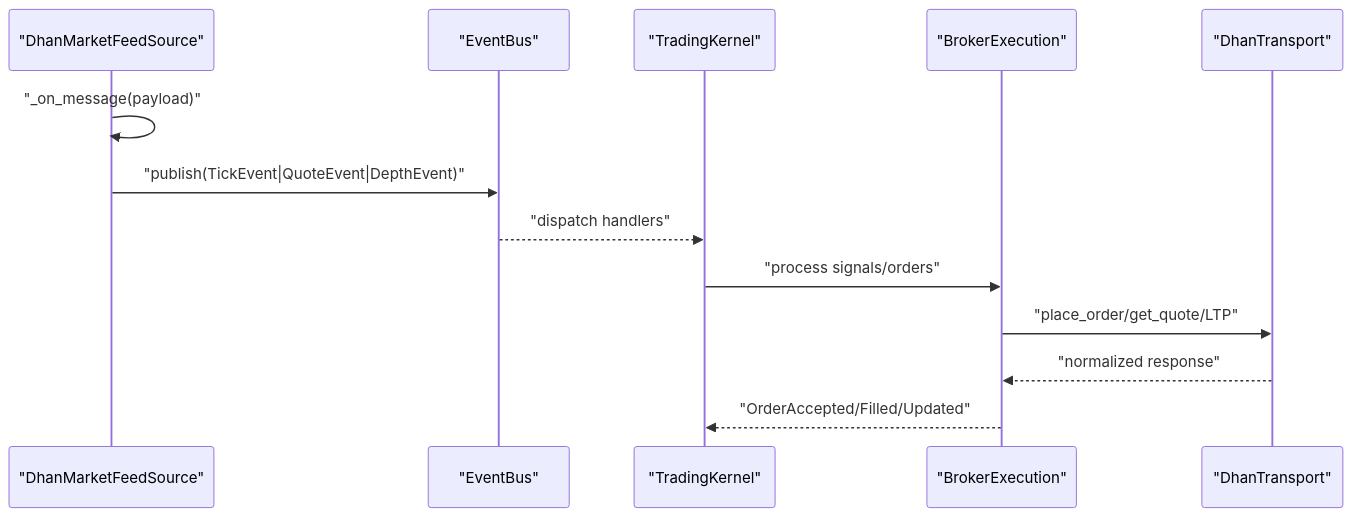
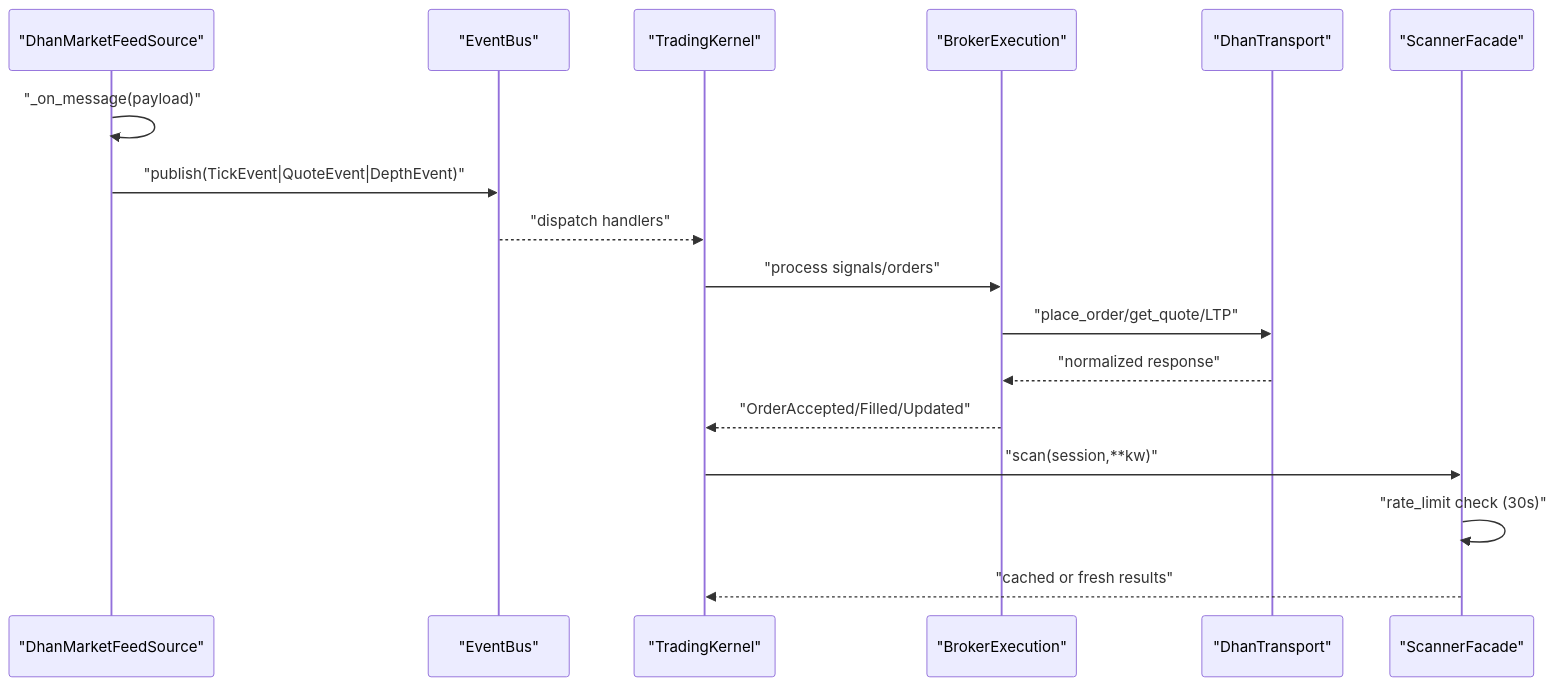
One commit to Ganesh-Kusundal/nTrade changed the second of 8 diagrams in .qoder/repowiki/en/content/Examples & Tutorials/Production Deployment Examples/Performance Optimization/Performance Optimization.md. Above: the diagram before and after it, drawn with Mermaid. The commit also changed other lines of this file and 203 other files, not shown here.

````diff
--- a/.qoder/repowiki/en/content/Examples & Tutorials/Production Deployment Examples/Performance Optimization/Performance Optimization.md
+++ b/.qoder/repowiki/en/content/Examples & Tutorials/Production Deployment Examples/Performance Optimization/Performance Optimization.md
@@ -105,15 +119,19 @@
 ```mermaid
 sequenceDiagram
 participant Feed as "DhanMarketFeedSource"
 participant Bus as "EventBus"
 participant Kernel as "TradingKernel"
 participant Exec as "BrokerExecution"
 participant Transport as "DhanTransport"
+participant Scanner as "ScannerFacade"
 Feed->>Feed : "_on_message(payload)"
 Feed->>Bus : "publish(TickEvent|QuoteEvent|DepthEvent)"
 Bus-->>Kernel : "dispatch handlers"
 Kernel->>Exec : "process signals/orders"
 Exec->>Transport : "place_order/get_quote/LTP"
 Transport-->>Exec : "normalized response"
 Exec-->>Kernel : "OrderAccepted/Filled/Updated"
+Kernel->>Scanner : "scan(session,**kw)"
+Scanner->>Scanner : "rate_limit check (30s)"
+Scanner-->>Kernel : "cached or fresh results"
 ```
````
